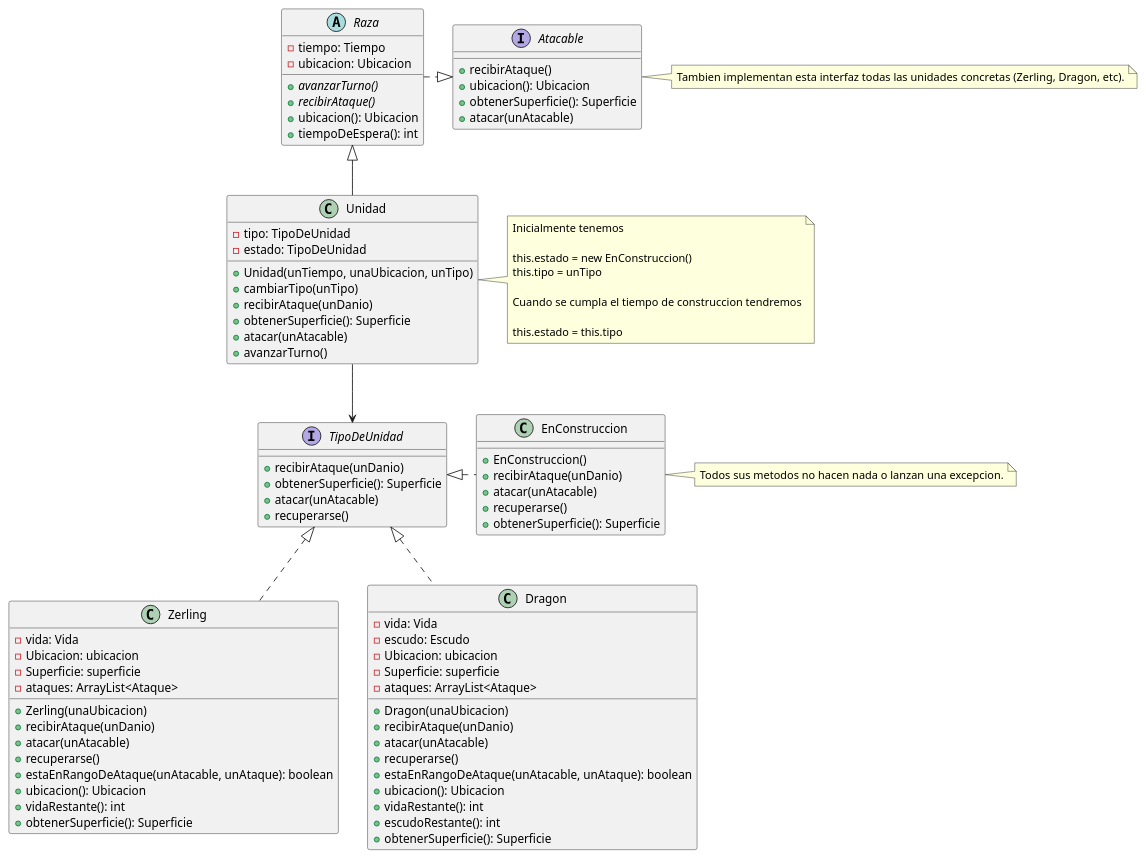
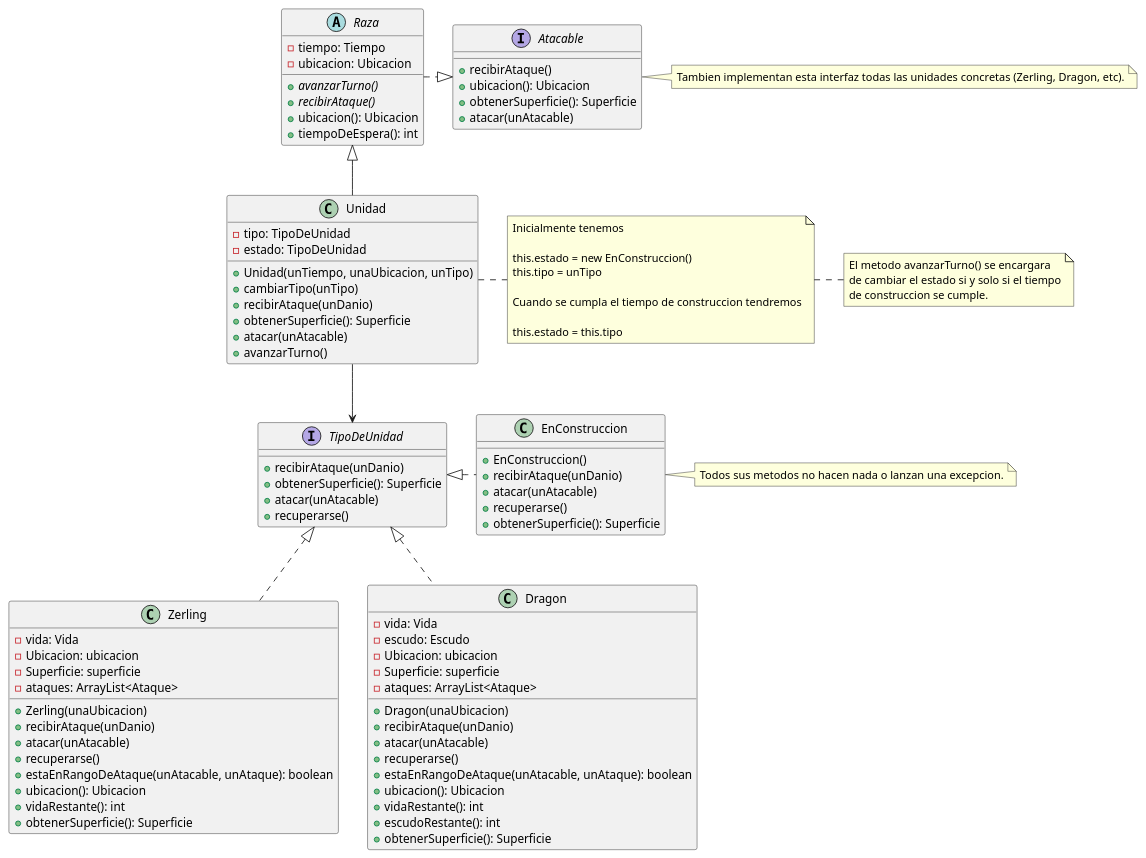
Before and after one commit to joeldevel/algo3_tp_2: the first of 2 diagrams in diagrams/classes/Diagramas de clase/Entrega 2/Unidades.puml, drawn with PlantUML. The commit also changed other lines of this file, not shown here.

Commit message:
Actualizacion de diagramas de clase.

```diff
--- a/diagrams/classes/Diagramas de clase/Entrega 2/Unidades.puml
+++ b/diagrams/classes/Diagramas de clase/Entrega 2/Unidades.puml
@@ -11,90 +11,91 @@
 @startuml
 
 interface Atacable {
     +recibirAtaque()
     +ubicacion(): Ubicacion
     +obtenerSuperficie(): Superficie
     +atacar(unAtacable)
 }
 
 note right: Tambien implementan esta interfaz todas las unidades concretas (Zerling, Dragon, etc).
 
 abstract class Raza {
     -tiempo: Tiempo
     -ubicacion: Ubicacion
     +avanzarTurno() {abstract}
     +recibirAtaque() {abstract}
     +ubicacion(): Ubicacion
     +tiempoDeEspera(): int
 }
 
 class Unidad {
     -tipo: TipoDeUnidad
     -estado: TipoDeUnidad
     +Unidad(unTiempo, unaUbicacion, unTipo)
     +cambiarTipo(unTipo)
     +recibirAtaque(unDanio)
     +obtenerSuperficie(): Superficie
     +atacar(unAtacable)
     +avanzarTurno()
 }
 
 note right: Inicialmente tenemos\n\nthis.estado = new EnConstruccion()\nthis.tipo = unTipo\n\nCuando se cumpla el tiempo de construccion tendremos\n\nthis.estado = this.tipo
+note right: El metodo avanzarTurno() se encargara\nde cambiar el estado si y solo si el tiempo\nde construccion se cumple.
 
 interface TipoDeUnidad {
     +recibirAtaque(unDanio)
     +obtenerSuperficie(): Superficie
     +atacar(unAtacable)
     +recuperarse()
 }
 
 class Zerling {
     -vida: Vida
     -Ubicacion: ubicacion
     -Superficie: superficie
     -ataques: ArrayList<Ataque>
     +Zerling(unaUbicacion)
     +recibirAtaque(unDanio)
     +atacar(unAtacable)
     +recuperarse()
     +estaEnRangoDeAtaque(unAtacable, unAtaque): boolean
     +ubicacion(): Ubicacion
     +vidaRestante(): int
     +obtenerSuperficie(): Superficie
 }
 
 class Dragon {
     -vida: Vida
     -escudo: Escudo
     -Ubicacion: ubicacion
     -Superficie: superficie
     -ataques: ArrayList<Ataque>
     +Dragon(unaUbicacion)
     +recibirAtaque(unDanio)
     +atacar(unAtacable)
     +recuperarse()
     +estaEnRangoDeAtaque(unAtacable, unAtaque): boolean
     +ubicacion(): Ubicacion
     +vidaRestante(): int
     +escudoRestante(): int
     +obtenerSuperficie(): Superficie
 }
 
 class EnConstruccion {
     +EnConstruccion()
     +recibirAtaque(unDanio)
     +atacar(unAtacable)
     +recuperarse()
     +obtenerSuperficie(): Superficie
 }
 
 note right: Todos sus metodos no hacen nada o lanzan una excepcion.
 
 Raza ..right|> Atacable
 Unidad --up|> Raza
 Unidad --down> TipoDeUnidad
 Zerling ..up|> TipoDeUnidad
 EnConstruccion .up|> TipoDeUnidad
 Dragon ..up|> TipoDeUnidad
 
 @enduml
```
